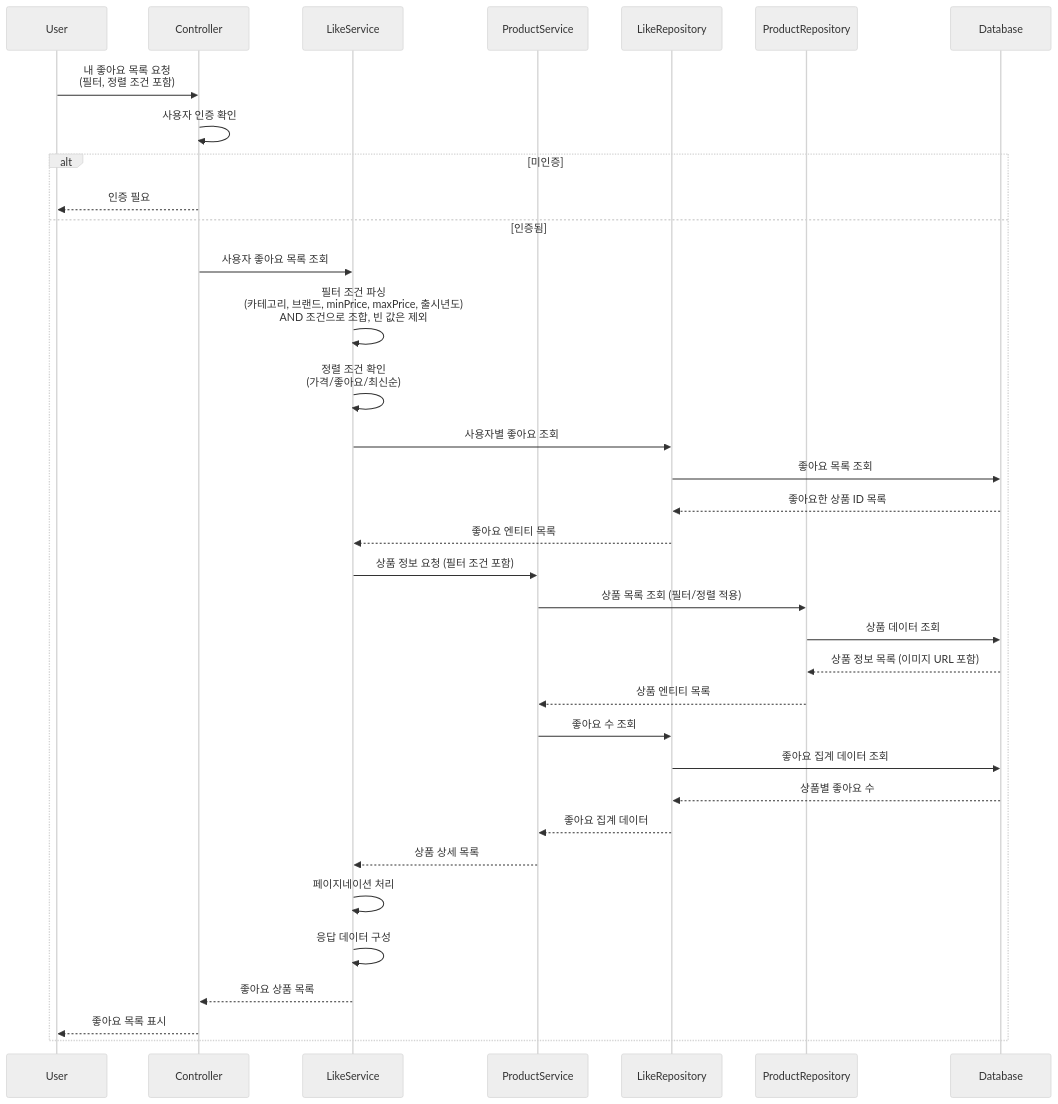
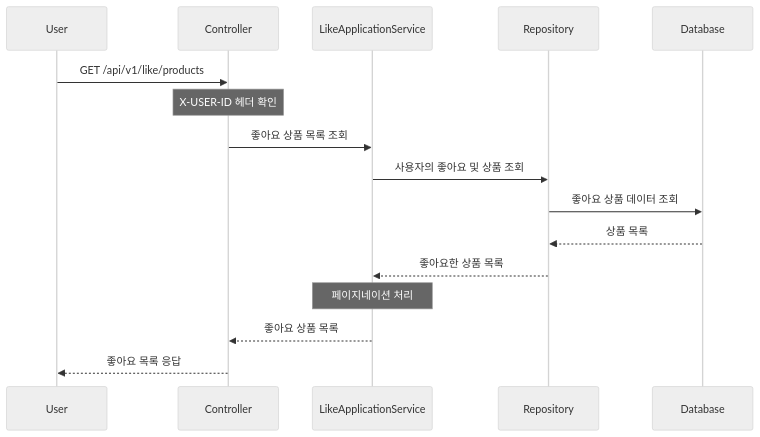
One commit to h2jinee/loopers changed the sixth of 10 diagrams in docs/design/02-sequence-diagrams.md. Above: the diagram before and after it, drawn with Mermaid (neutral theme). The commit also changed other lines of this file and 3 other files, not shown here.

````diff
--- a/docs/design/02-sequence-diagrams.md
+++ b/docs/design/02-sequence-diagrams.md
@@ -226,46 +145,22 @@
 ```mermaid
 sequenceDiagram
     participant U as User
     participant C as Controller
-    participant LS as LikeService
-    participant PS as ProductService
-    participant LR as LikeRepository
-    participant PR as ProductRepository
+    participant AS as LikeApplicationService
+    participant Repo as Repository
     participant DB as Database
 
-    U->>C: 내 좋아요 목록 요청<br/>(필터, 정렬 조건 포함)
-    C->>C: 사용자 인증 확인
+    U->>C: GET /api/v1/like/products
+    Note over C: X-USER-ID 헤더 확인
+    C->>AS: 좋아요 상품 목록 조회
     
-    alt 미인증
-        C-->>U: 인증 필요
-    else 인증됨
-        C->>LS: 사용자 좋아요 목록 조회
-        
-        LS->>LS: 필터 조건 파싱<br/>(카테고리, 브랜드, minPrice, maxPrice, 출시년도)<br/>AND 조건으로 조합, 빈 값은 제외
-        LS->>LS: 정렬 조건 확인<br/>(가격/좋아요/최신순)
-        
-        LS->>LR: 사용자별 좋아요 조회
-        LR->>DB: 좋아요 목록 조회
-        DB-->>LR: 좋아요한 상품 ID 목록
-        LR-->>LS: 좋아요 엔티티 목록
-        
-        LS->>PS: 상품 정보 요청 (필터 조건 포함)
-        PS->>PR: 상품 목록 조회 (필터/정렬 적용)
-        PR->>DB: 상품 데이터 조회
-        DB-->>PR: 상품 정보 목록 (이미지 URL 포함)
-        PR-->>PS: 상품 엔티티 목록
-        
-        PS->>LR: 좋아요 수 조회
-        LR->>DB: 좋아요 집계 데이터 조회
-        DB-->>LR: 상품별 좋아요 수
-        LR-->>PS: 좋아요 집계 데이터
-        
-        PS-->>LS: 상품 상세 목록
-        
-        LS->>LS: 페이지네이션 처리
-        LS->>LS: 응답 데이터 구성
-        
-        LS-->>C: 좋아요 상품 목록
-        C-->>U: 좋아요 목록 표시
-    end
+    AS->>Repo: 사용자의 좋아요 및 상품 조회
+    Repo->>DB: 좋아요 상품 데이터 조회
+    DB-->>Repo: 상품 목록
+    Repo-->>AS: 좋아요한 상품 목록
+    
+    Note over AS: 페이지네이션 처리
+    
+    AS-->>C: 좋아요 상품 목록
+    C-->>U: 좋아요 목록 응답
 ```
````
